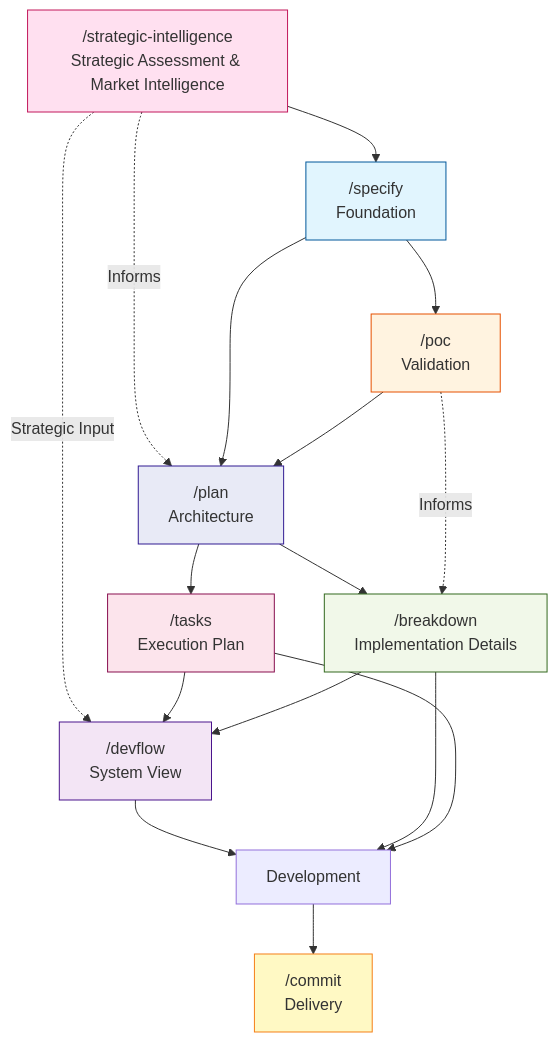
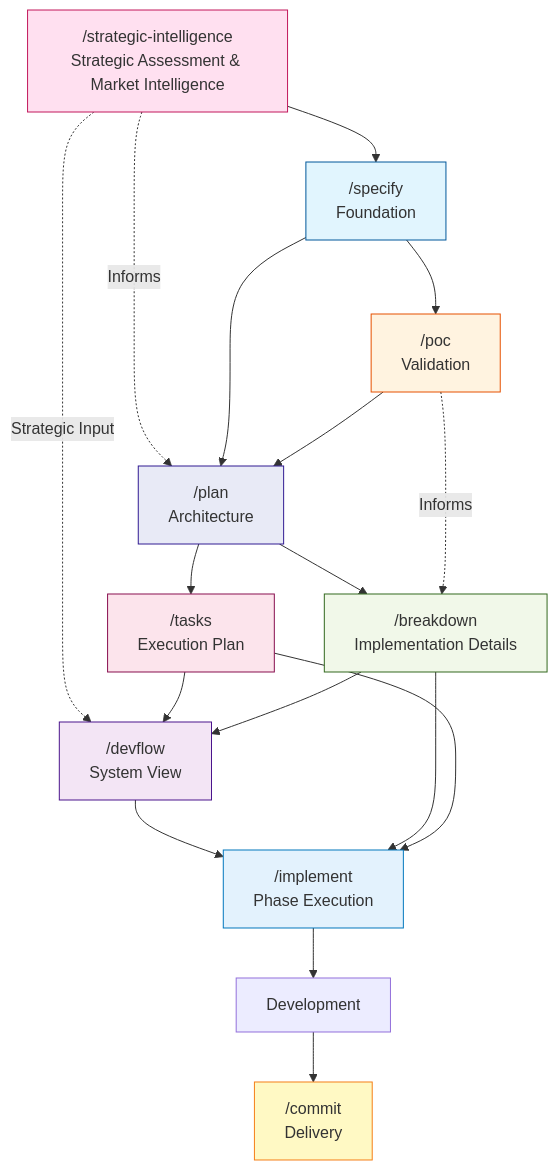
One commit to Mathews-Tom/sage-dev changed diagram 13 of 23 in commands/WORKFLOW.md. Above: the diagram before and after it, drawn with Mermaid. The commit also changed other lines of this file and 2 other files, not shown here.

First line of the commit message:
docs: introduce /implement command and integrate phased implementation across workflow

````diff
--- a/commands/WORKFLOW.md
+++ b/commands/WORKFLOW.md
@@ -288,33 +313,35 @@
 ```mermaid
 graph TD
     Assessment["/strategic-intelligence<br/>Strategic Assessment & Market Intelligence"] --> Specify["/specify<br/>Foundation"]
     Assessment -.->|Informs| Plan["/plan<br/>Architecture"]
     Assessment -.->|Strategic Input| DevFlow["/devflow<br/>System View"]
 
     Specify --> Plan
     Specify --> POC["/poc<br/>Validation"]
 
     Plan --> Tasks["/tasks<br/>Execution Plan"]
     Plan --> Breakdown["/breakdown<br/>Implementation Details"]
 
     Tasks --> DevFlow
     Breakdown --> DevFlow
 
     POC --> Plan
     POC -.->|Informs| Breakdown
 
-    DevFlow --> Dev[Development]
-    Breakdown --> Dev
-    Tasks --> Dev
+    DevFlow --> Implement["/implement<br/>Phase Execution"]
+    Breakdown --> Implement
+    Tasks --> Implement
 
+    Implement --> Dev[Development]
     Dev --> Commit["/commit<br/>Delivery"]
 
     style Assessment fill:#ffe0f0,stroke:#c2185b
     style Specify fill:#e1f5fe,stroke:#01579b
     style POC fill:#fff3e0,stroke:#e65100
     style Plan fill:#e8eaf6,stroke:#311b92
     style Tasks fill:#fce4ec,stroke:#880e4f
     style Breakdown fill:#f1f8e9,stroke:#33691e
     style DevFlow fill:#f3e5f5,stroke:#4a148c
+    style Implement fill:#e3f2fd,stroke:#0277bd
     style Commit fill:#fff9c4,stroke:#f57f17
 ```
````
